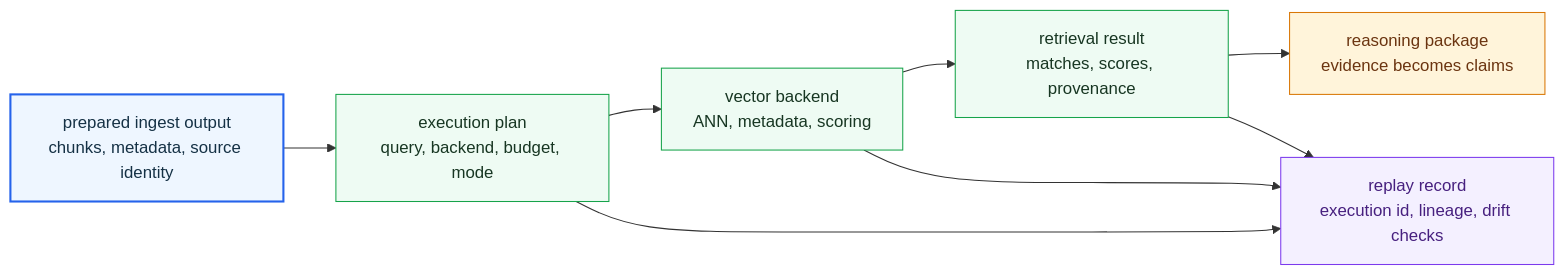
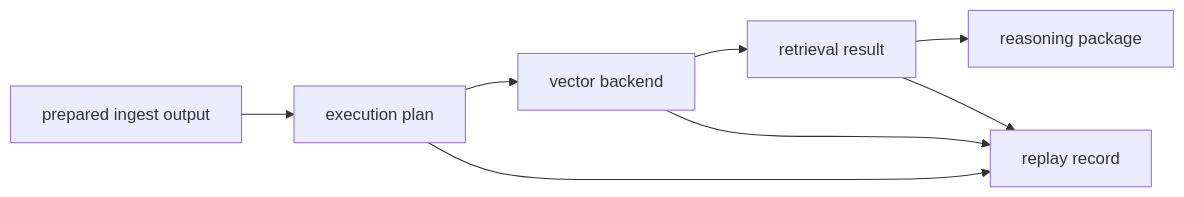
One commit to bijux/bijux-canon changed the diagram in docs/03-bijux-canon-index/index.md. Above: the diagram before and after it, drawn with Mermaid. The commit also changed other lines of this file, not shown here.

Commit message:
docs(index): simplify retrieval handbook map

````diff
--- a/docs/03-bijux-canon-index/index.md
+++ b/docs/03-bijux-canon-index/index.md
@@ -23,23 +23,14 @@
 ```mermaid
 flowchart LR
-    prepared["prepared ingest output<br/>chunks, metadata, source identity"]
-    plan["execution plan<br/>query, backend, budget, mode"]
-    backend["vector backend<br/>ANN, metadata, scoring"]
-    result["retrieval result<br/>matches, scores, provenance"]
-    replay["replay record<br/>execution id, lineage, drift checks"]
-    reason["reasoning package<br/>evidence becomes claims"]
+    prepared["prepared ingest output"]
+    plan["execution plan"]
+    backend["vector backend"]
+    result["retrieval result"]
+    replay["replay record"]
+    reason["reasoning package"]
 
     prepared --> plan --> backend --> result --> reason
     plan --> replay
     backend --> replay
     result --> replay
-
-    classDef page fill:#eef6ff,stroke:#2563eb,color:#153145,stroke-width:2px;
-    classDef positive fill:#eefbf3,stroke:#16a34a,color:#173622;
-    classDef anchor fill:#f4f0ff,stroke:#7c3aed,color:#47207f;
-    classDef action fill:#fff4da,stroke:#d97706,color:#6b3410;
-    class prepared page;
-    class plan,backend,result positive;
-    class replay anchor;
-    class reason action;
 ```
````
